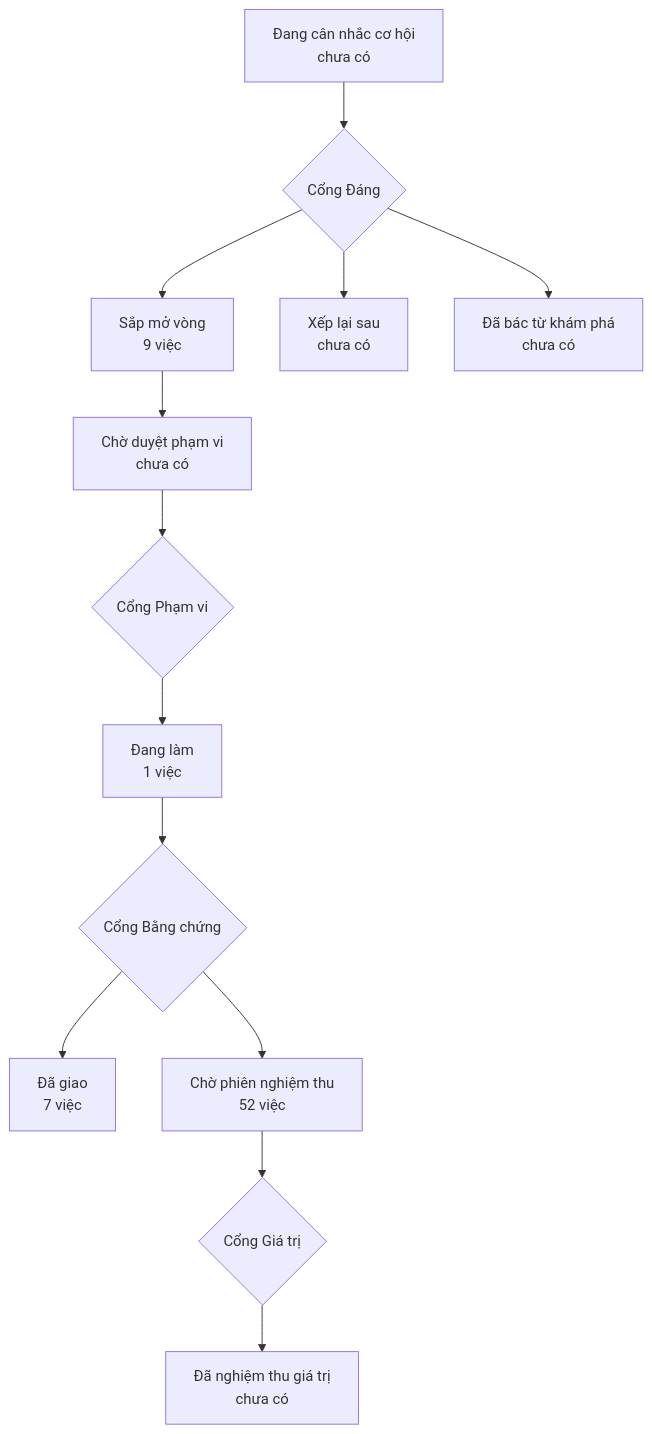
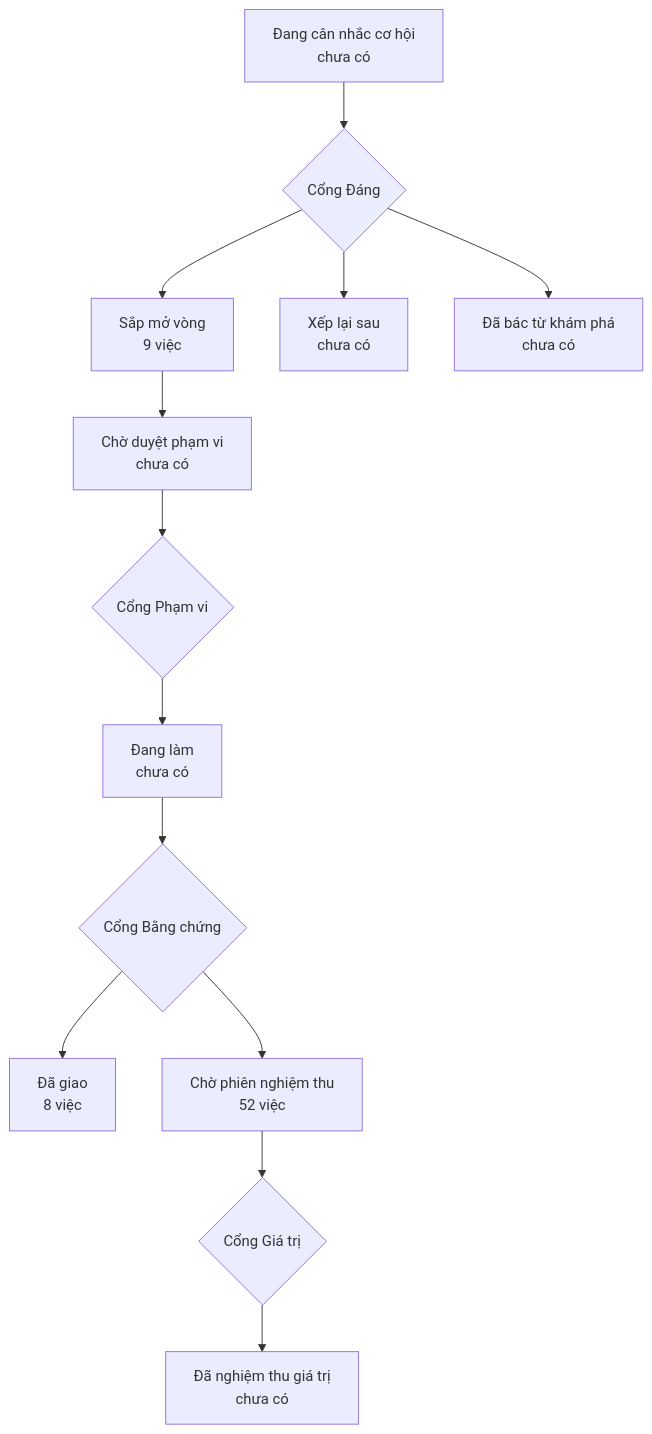
Before and after one commit to phanlemanh/onehub-inventory: the diagram in PRODUCT-MAP.md, drawn with Mermaid. The commit also changed other lines of this file and 7 other files, not shown here.

````diff
--- a/PRODUCT-MAP.md
+++ b/PRODUCT-MAP.md
@@ -7,12 +7,12 @@
 ```mermaid
 flowchart TD
   A["Đang cân nhắc cơ hội<br/>chưa có"] --> GD{"Cổng Đáng"}
   GD --> B["Sắp mở vòng<br/>9 việc"]
   GD --> XL["Xếp lại sau<br/>chưa có"]
   GD --> DB["Đã bác từ khám phá<br/>chưa có"]
   B --> CD["Chờ duyệt phạm vi<br/>chưa có"] --> GP{"Cổng Phạm vi"}
-  GP --> DL["Đang làm<br/>1 việc"] --> GB{"Cổng Bằng chứng"}
-  GB --> DG["Đã giao<br/>7 việc"]
+  GP --> DL["Đang làm<br/>chưa có"] --> GB{"Cổng Bằng chứng"}
+  GB --> DG["Đã giao<br/>8 việc"]
   GB --> CN["Chờ phiên nghiệm thu<br/>52 việc"] --> GG{"Cổng Giá trị"}
   GG --> NT["Đã nghiệm thu giá trị<br/>chưa có"]
 ```
````
